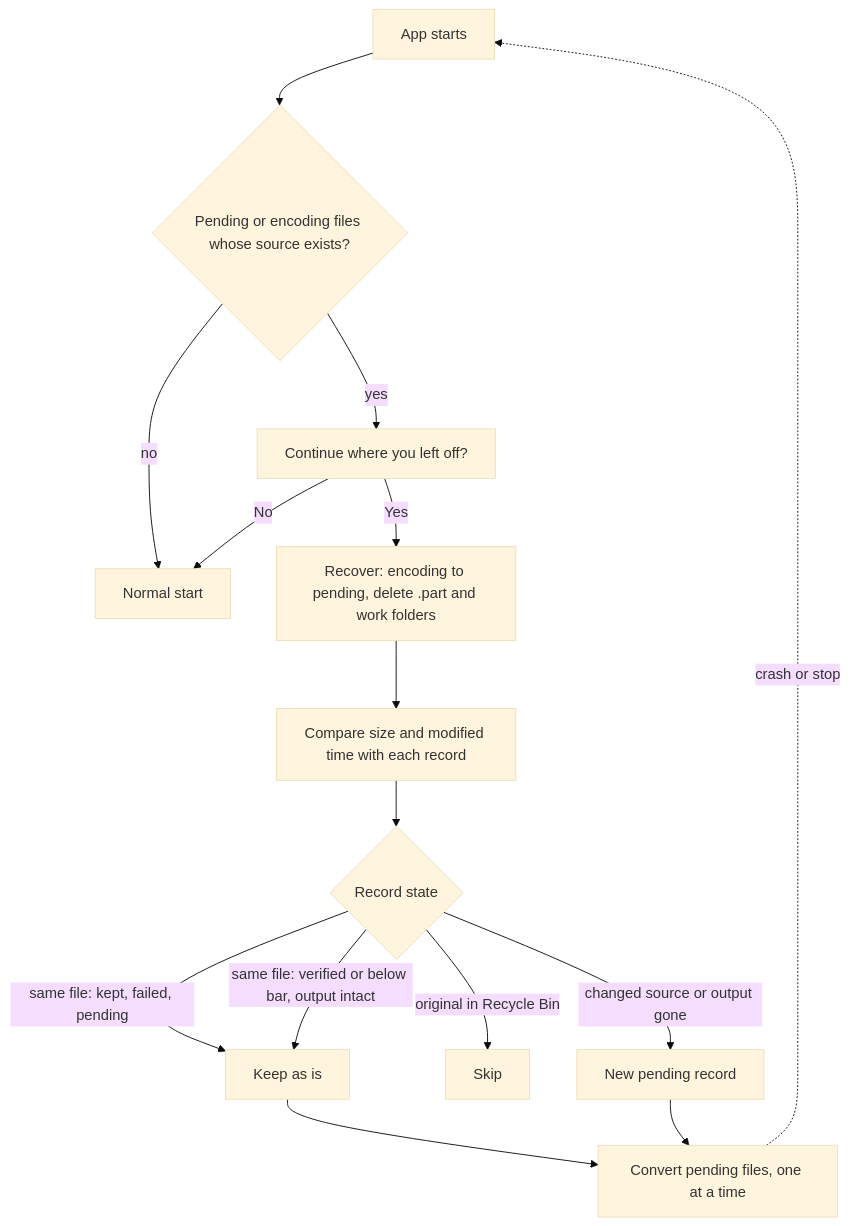
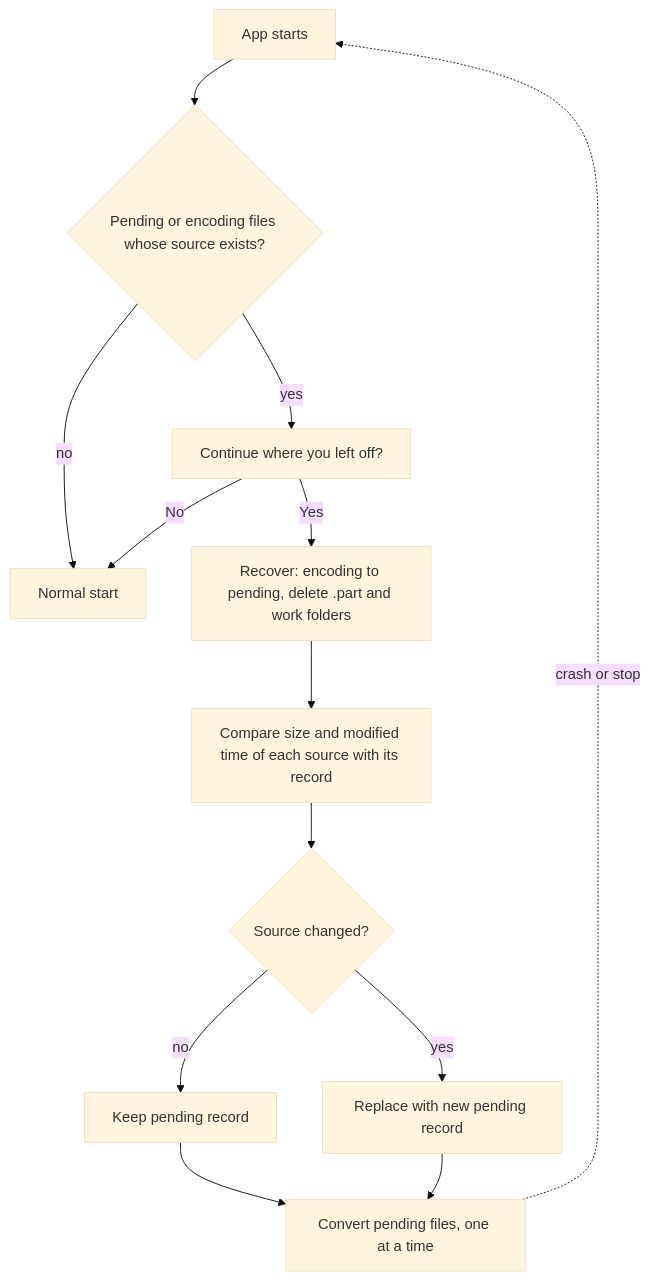
One commit to BartVG/ClipShrink changed the diagram in docs/internals/resume.md. Above: the diagram before and after it, drawn with Mermaid (base theme). The commit also changed other lines of this file and 9 other files, not shown here.

````diff
--- a/docs/internals/resume.md
+++ b/docs/internals/resume.md
@@ -19,17 +19,15 @@
 ```mermaid
 flowchart TD
     A["App starts"] --> B{"Pending or encoding files whose source exists?"}
     B -- no --> Z["Normal start"]
     B -- yes --> C["Continue where you left off?"]
     C -- No --> Z
     C -- Yes --> D["Recover: encoding to pending, delete .part and work folders"]
-    D --> E["Compare size and modified time with each record"]
-    E --> F{"Record state"}
-    F -- "same file: kept, failed, pending" --> G["Keep as is"]
-    F -- "same file: verified or below bar, output intact" --> G
-    F -- "original in Recycle Bin" --> H["Skip"]
-    F -- "changed source or output gone" --> I["New pending record"]
+    D --> E["Compare size and modified time of each source with its record"]
+    E --> F{"Source changed?"}
+    F -- no --> G["Keep pending record"]
+    F -- yes --> I["Replace with new pending record"]
     G --> J["Convert pending files, one at a time"]
     I --> J
     J -. "crash or stop" .-> A
 ```
````
